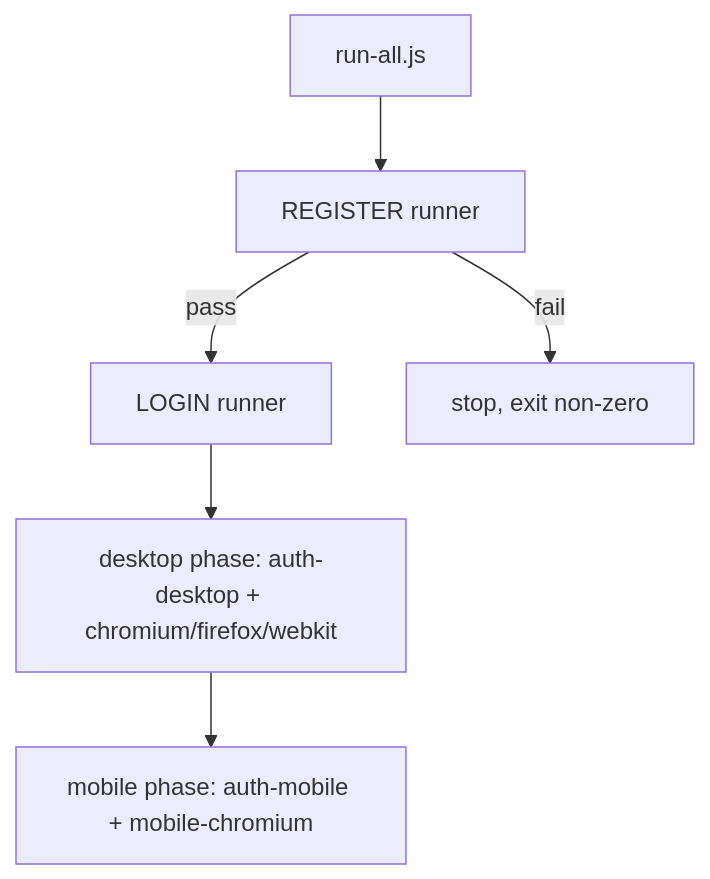
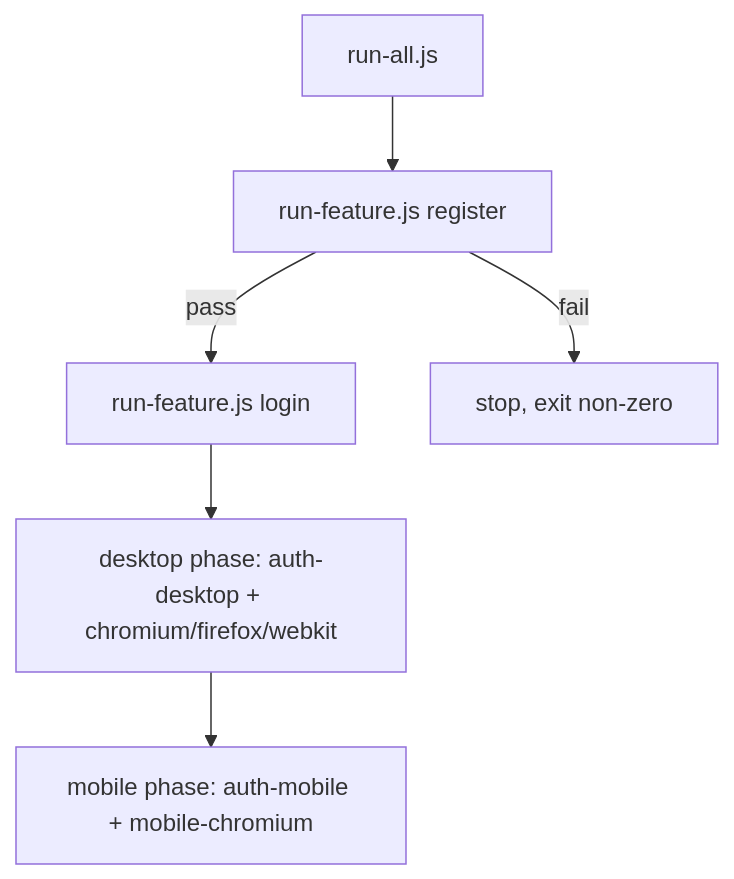
Before and after one commit to Tigrange/casweb_automation_playwright: the first of 2 diagrams in README.md, drawn with Mermaid. The commit also changed other lines of this file and 8 other files, not shown here.

````diff
--- a/README.md
+++ b/README.md
@@ -39,8 +44,8 @@
 ```mermaid
 flowchart TD
-    A[run-all.js] --> B[REGISTER runner]
-    B -->|pass| C[LOGIN runner]
+    A[run-all.js] --> B[run-feature.js register]
+    B -->|pass| C[run-feature.js login]
     B -->|fail| D[stop, exit non-zero]
     C --> E[desktop phase: auth-desktop + chromium/firefox/webkit]
     E --> F[mobile phase: auth-mobile + mobile-chromium]
 ```
````
